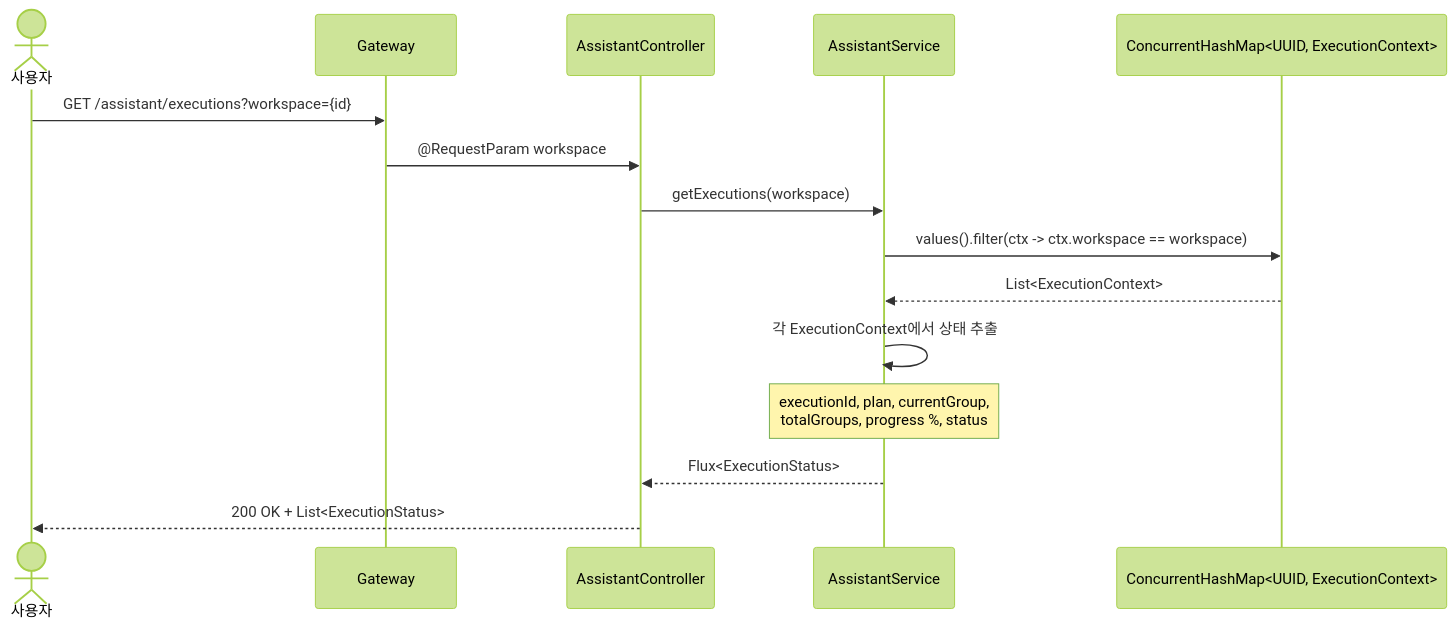
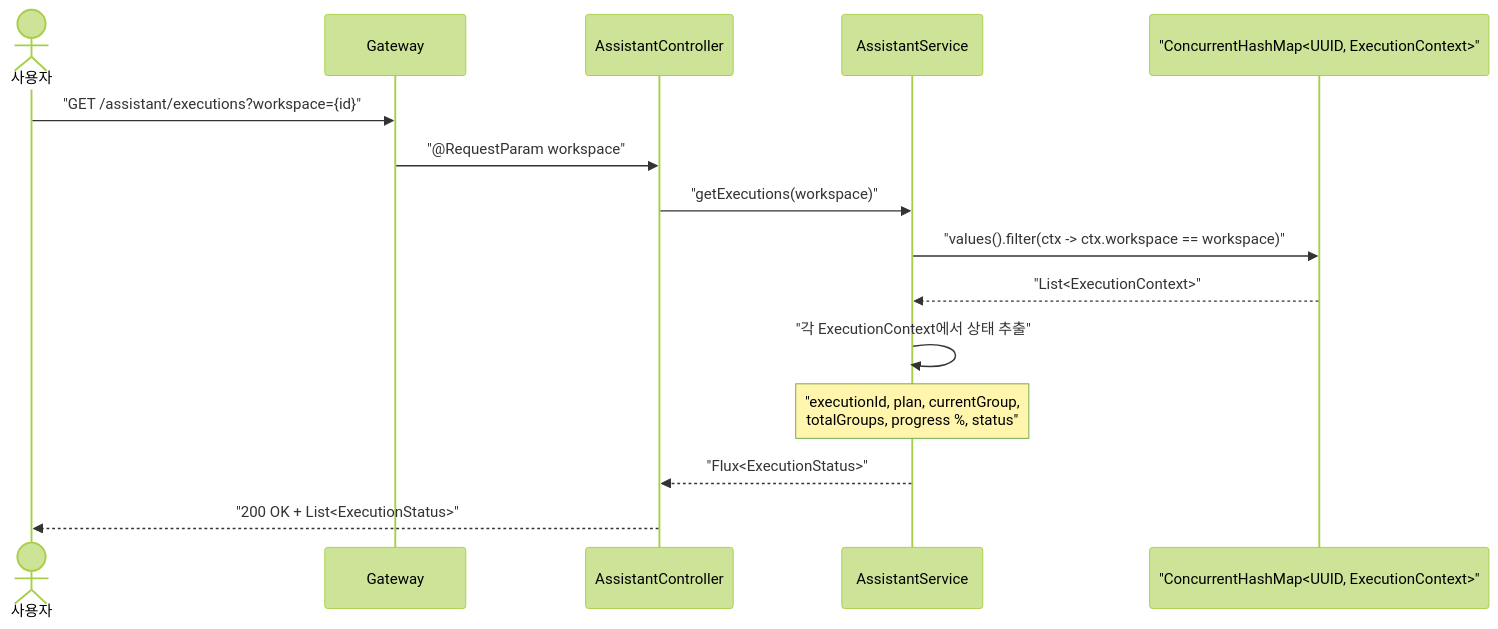
One commit to sayaya1090/handbook changed the eighth of 13 diagrams in assistant/USECASE.md. Above: the diagram before and after it, drawn with Mermaid (forest theme). The commit also changed other lines of this file and 22 other files, not shown here.

First line of the commit message:
docs: Mermaid 다이어그램 렌더링 오류 수정을 위한 구문 전수 교정

````diff
--- a/assistant/USECASE.md
+++ b/assistant/USECASE.md
@@ -287,18 +287,18 @@
 ```mermaid
 sequenceDiagram
     actor User as 사용자
     participant GW as Gateway
     participant Ctrl as AssistantController
     participant Svc as AssistantService
-    participant Map as ConcurrentHashMap<UUID, ExecutionContext>
+    participant Map as "ConcurrentHashMap<UUID, ExecutionContext>"
 
-    User->>GW: GET /assistant/executions?workspace={id}
-    GW->>Ctrl: @RequestParam workspace
-    Ctrl->>Svc: getExecutions(workspace)
-    Svc->>Map: values().filter(ctx -> ctx.workspace == workspace)
-    Map-->>Svc: List<ExecutionContext>
-    Svc->>Svc: 각 ExecutionContext에서 상태 추출
-    Note over Svc: executionId, plan, currentGroup,<br/>totalGroups, progress %, status
-    Svc-->>Ctrl: Flux<ExecutionStatus>
-    Ctrl-->>User: 200 OK + List<ExecutionStatus>
+    User->>GW: "GET /assistant/executions?workspace={id}"
+    GW->>Ctrl: "@RequestParam workspace"
+    Ctrl->>Svc: "getExecutions(workspace)"
+    Svc->>Map: "values().filter(ctx -> ctx.workspace == workspace)"
+    Map-->>Svc: "List<ExecutionContext>"
+    Svc->>Svc: "각 ExecutionContext에서 상태 추출"
+    Note over Svc: "executionId, plan, currentGroup,<br/>totalGroups, progress %, status"
+    Svc-->>Ctrl: "Flux<ExecutionStatus>"
+    Ctrl-->>User: "200 OK + List<ExecutionStatus>"
 ```
````
